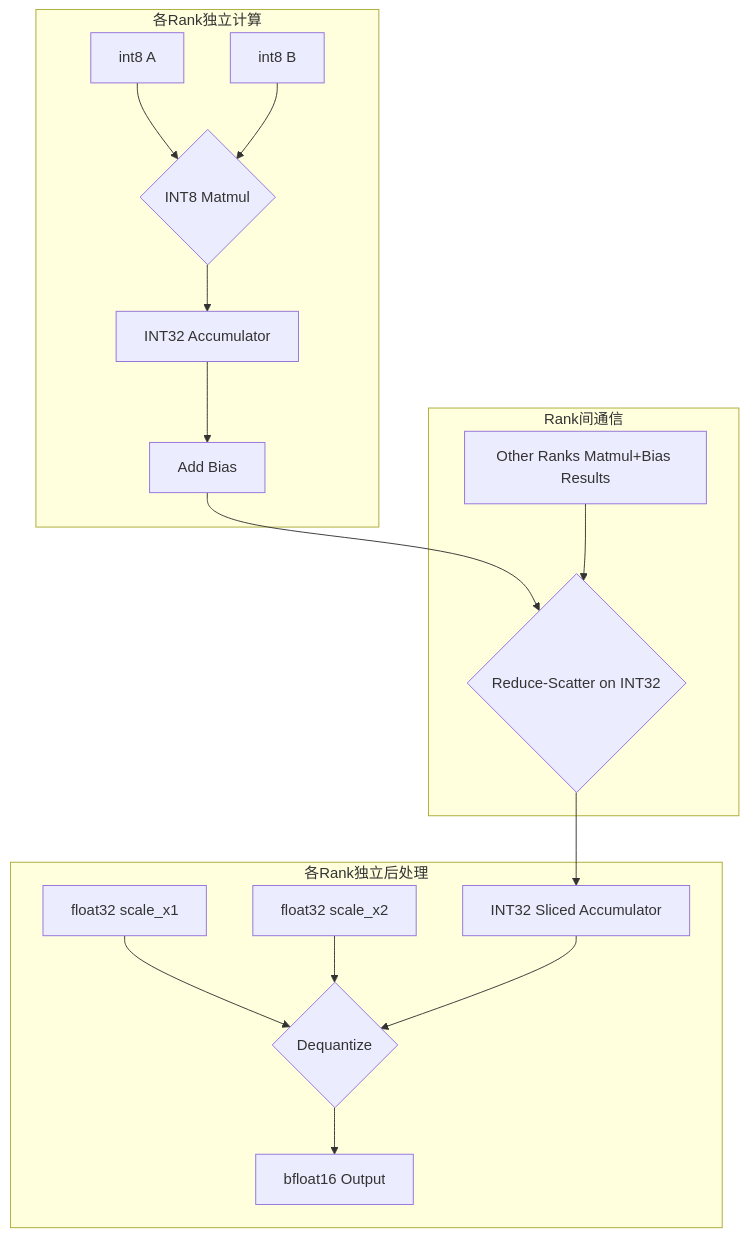
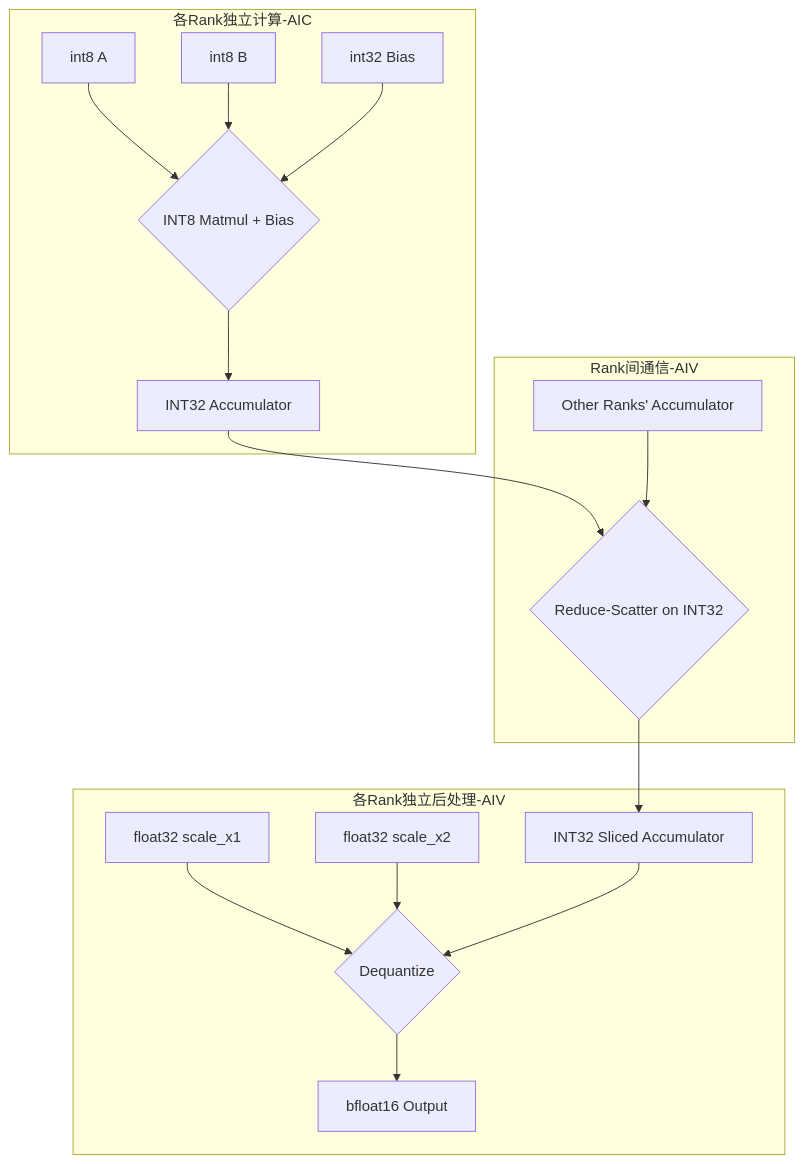
Before and after one commit to BillionsRichard/mm_rs_with_catlass: the first of 2 diagrams in quantized_matmul_reduce_scatter_design.md, drawn with Mermaid. The commit also changed other lines of this file, not shown here.

Commit message:
Update quantized_matmul_reduce_scatter_design.md--fused-mm-add-bias

````diff
--- a/quantized_matmul_reduce_scatter_design.md
+++ b/quantized_matmul_reduce_scatter_design.md
@@ -41,22 +41,22 @@
 ```mermaid
 graph TD
-    subgraph "各Rank独立计算"
-        A[int8 A] --> C{INT8 Matmul}
+    subgraph "各Rank独立计算-AIC"
+        A[int8 A] --> C{INT8 Matmul + Bias}
         B[int8 B] --> C
+        Bias[int32 Bias] --> C
         C --> D[INT32 Accumulator]
-        D --> H[Add Bias]
     end
 
-    subgraph "Rank间通信"
-        H --> E{Reduce-Scatter on INT32}
-        F[Other Ranks Matmul+Bias Results] --> E
+    subgraph "Rank间通信-AIV"
+        D --> E{Reduce-Scatter on INT32}
+        F[Other Ranks' Accumulator] --> E
     end
 
-    subgraph "各Rank独立后处理"
+    subgraph "各Rank独立后处理-AIV"
         E --> G[INT32 Sliced Accumulator]
         I[float32 scale_x1] --> J{Dequantize}
         K[float32 scale_x2] --> J
         G --> J
         J --> L[bfloat16 Output]
     end
 ```
````
